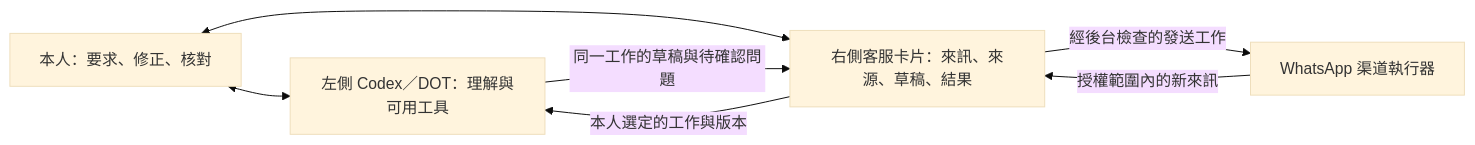
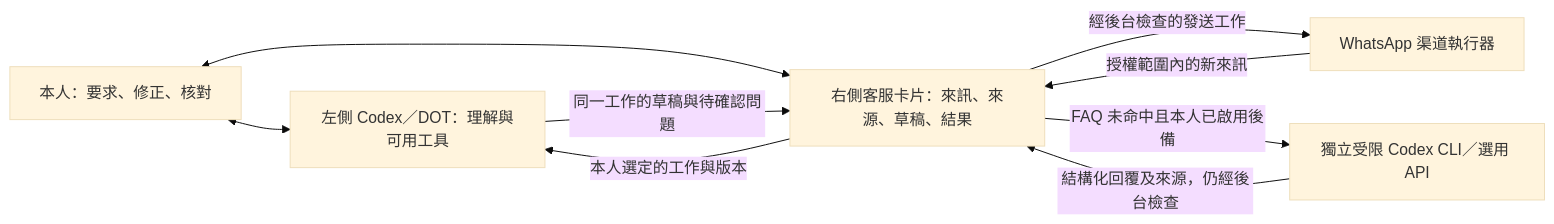
One commit to collieai-g/BlueSAi-Cs-0001 changed the diagram in docs/HARNESS_ENGINEERING.md. Above: the diagram before and after it, drawn with Mermaid (base theme). The commit also changed other lines of this file and 32 other files, not shown here.

Commit message:
Add FAQ-first native Codex automatic replies with explicit policy and bounded execution

````diff
--- a/docs/HARNESS_ENGINEERING.md
+++ b/docs/HARNESS_ENGINEERING.md
@@ -19,9 +19,11 @@
 ```mermaid
 flowchart LR
   U[本人：要求、修正、核對] <--> L[左側 Codex／DOT：理解與可用工具]
   U <--> R[右側客服卡片：來訊、來源、草稿、結果]
   R -->|本人選定的工作與版本| L
   L -->|同一工作的草稿與待確認問題| R
   W[WhatsApp 渠道執行器] -->|授權範圍內的新來訊| R
   R -->|經後台檢查的發送工作| W
+  R -->|FAQ 未命中且本人已啟用後備| N[獨立受限 Codex CLI／選用 API]
+  N -->|結構化回覆及來源，仍經後台檢查| R
 ```
````
